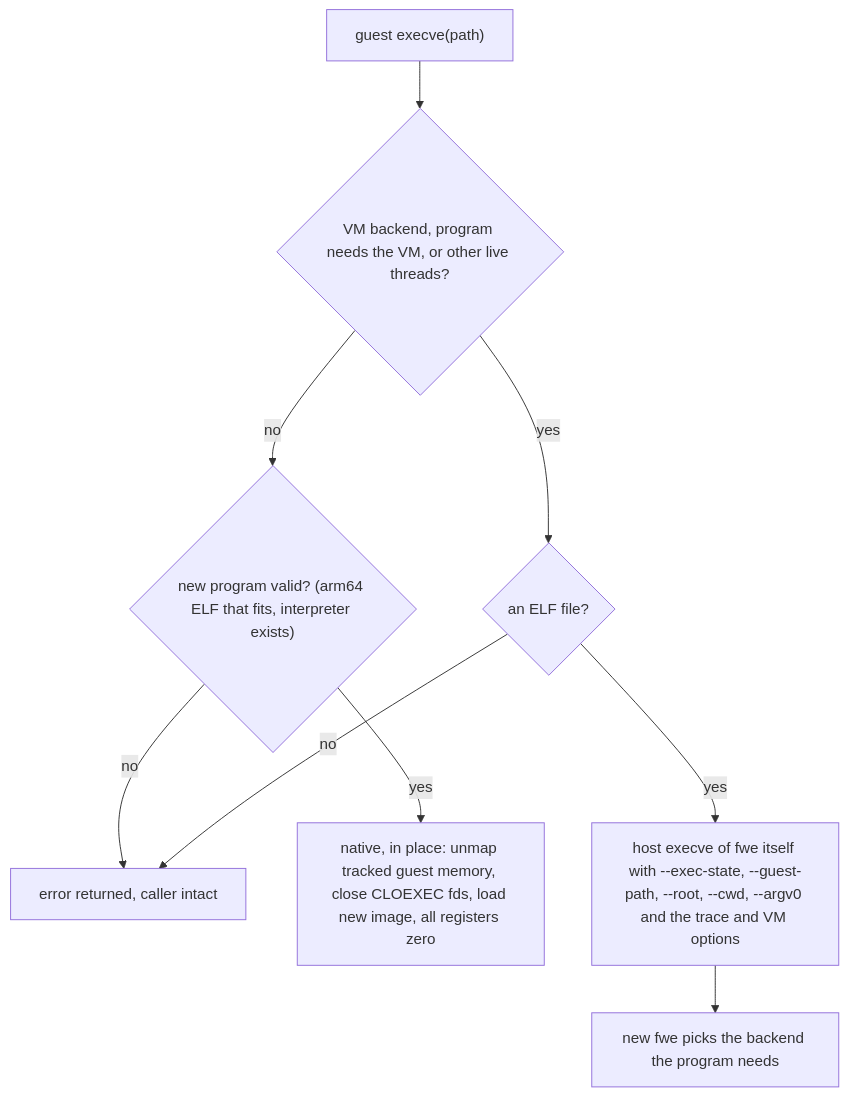
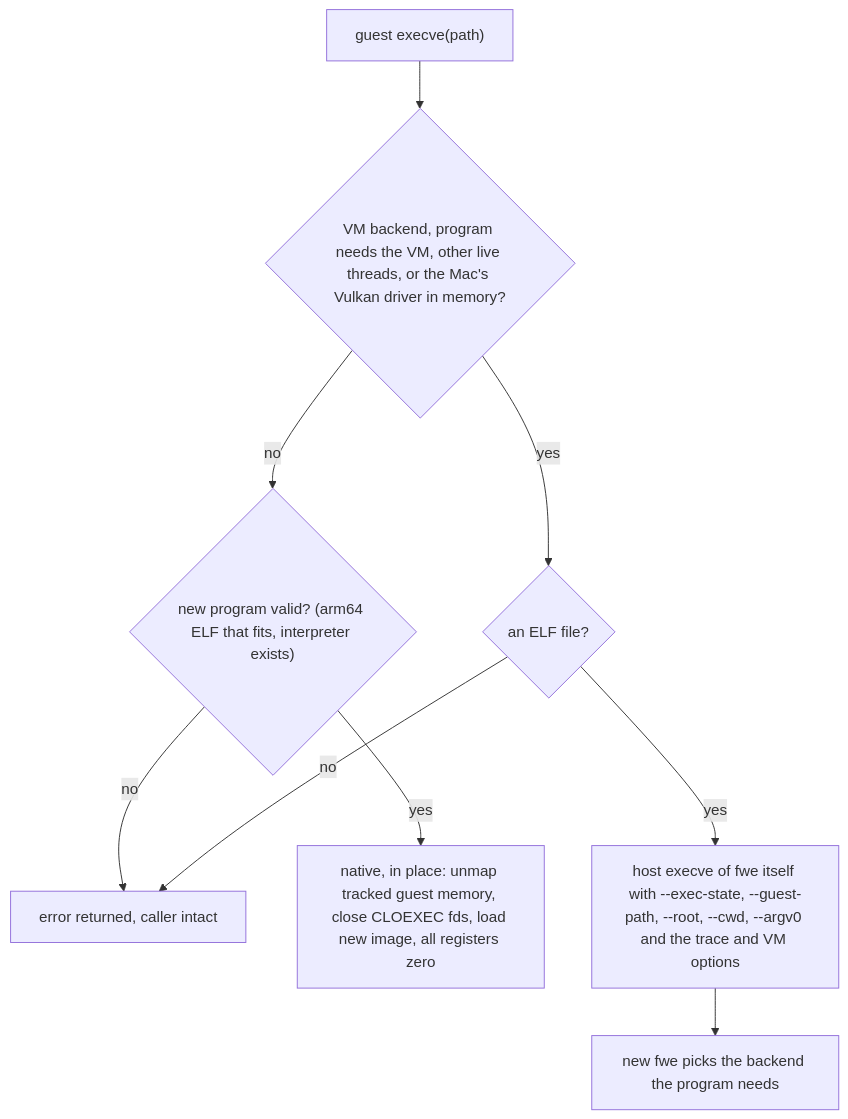
One commit to e6qu/fun-with-emulators changed the eighth of 11 diagrams in docs/linux-on-macos.md. Above: the diagram before and after it, drawn with Mermaid. The commit also changed other lines of this file and 209 other files, not shown here.

````diff
--- a/docs/linux-on-macos.md
+++ b/docs/linux-on-macos.md
@@ -1899,11 +1836,11 @@
 ```mermaid
 flowchart TD
-    e["guest execve(path)"] --> how{"VM backend, program needs the VM, or other live threads?"}
+    e["guest execve(path)"] --> how{"VM backend, program needs the VM, other live threads, or the Mac's Vulkan driver in memory?"}
     how -- no --> chk{"new program valid? (arm64 ELF that fits, interpreter exists)"}
     chk -- no --> fail["error returned, caller intact"]
     chk -- yes --> inplace["native, in place: unmap tracked guest memory, close CLOEXEC fds, load new image, all registers zero"]
     how -- yes --> elf{"an ELF file?"}
     elf -- no --> fail
     elf -- yes --> reexec["host execve of fwe itself with --exec-state, --guest-path, --root, --cwd, --argv0 and the trace and VM options"]
     reexec --> pick["new fwe picks the backend the program needs"]
 ```
````
